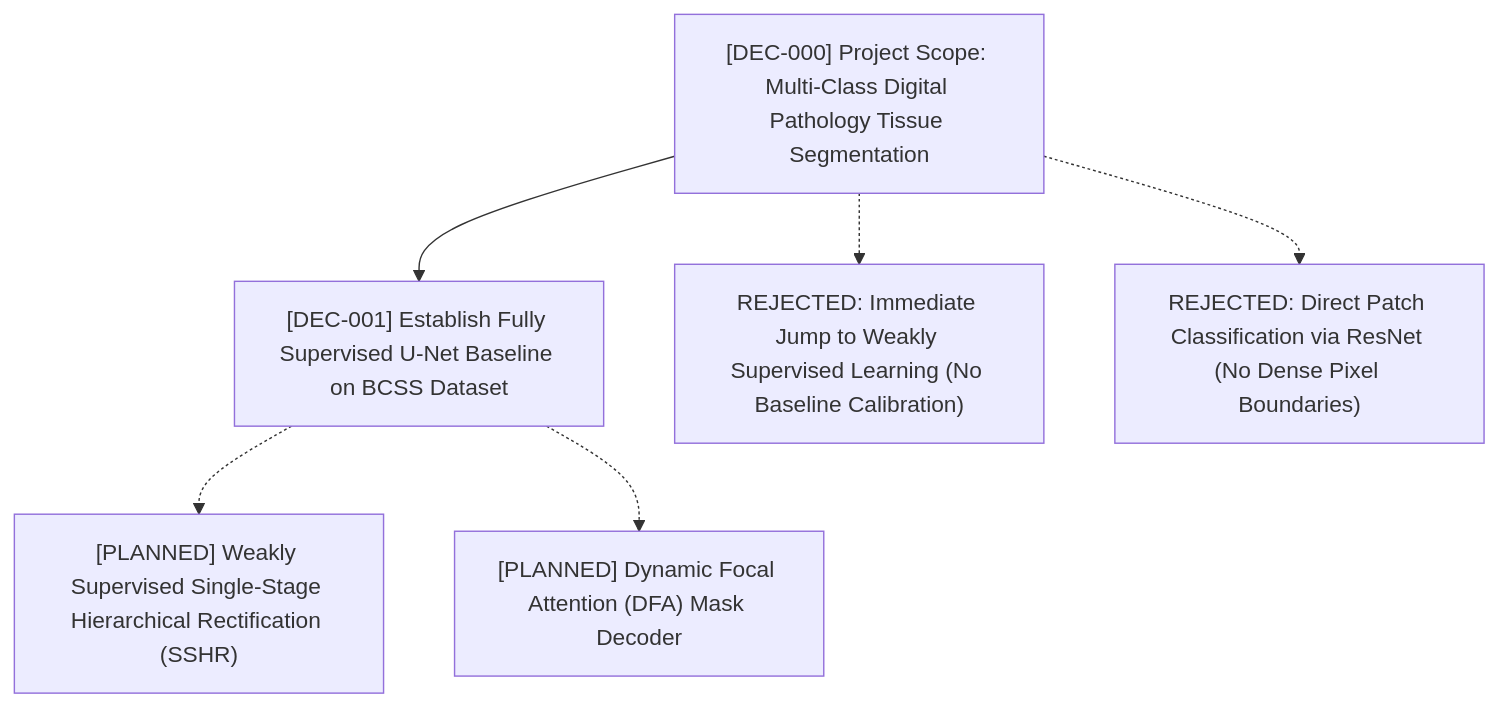
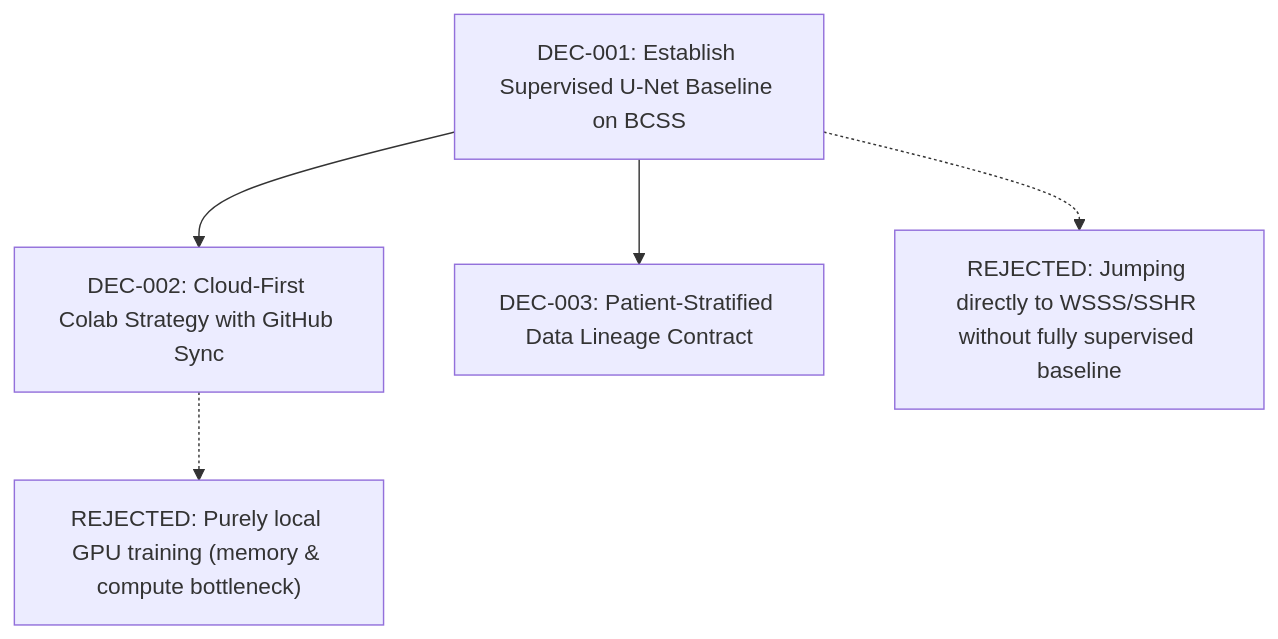
The diagram in .memory/DECISION_GRAPH.md (Red-Pathfinder/Thesis), drawn with Mermaid before and after one commit. The commit also changed other lines of this file and 14 other files, not shown here.

Commit message:
feat: initialize digital pathology thesis repository, decision ledger, and Colab pipeline

````diff
--- a/.memory/DECISION_GRAPH.md
+++ b/.memory/DECISION_GRAPH.md
@@ -5,9 +5,7 @@
 ```mermaid
 graph TD
-  DEC000["[DEC-000] Project Scope: Multi-Class Digital Pathology Tissue Segmentation"]
-  DEC000 --> DEC001["[DEC-001] Establish Fully Supervised U-Net Baseline on BCSS Dataset"]
-  DEC001 -.-> PLAN_SSHR["[PLANNED] Weakly Supervised Single-Stage Hierarchical Rectification (SSHR)"]
-  DEC001 -.-> PLAN_DFA["[PLANNED] Dynamic Focal Attention (DFA) Mask Decoder"]
-  DEC000 -.-> REJ001["REJECTED: Immediate Jump to Weakly Supervised Learning (No Baseline Calibration)"]
-  DEC000 -.-> REJ002["REJECTED: Direct Patch Classification via ResNet (No Dense Pixel Boundaries)"]
+    DEC001["DEC-001: Establish Supervised U-Net Baseline on BCSS"] --> DEC002["DEC-002: Cloud-First Colab Strategy with GitHub Sync"]
+    DEC001 --> DEC003["DEC-003: Patient-Stratified Data Lineage Contract"]
+    DEC001 -.-> REJ001["REJECTED: Jumping directly to WSSS/SSHR without fully supervised baseline"]
+    DEC002 -.-> REJ002["REJECTED: Purely local GPU training (memory & compute bottleneck)"]
 ```
````
